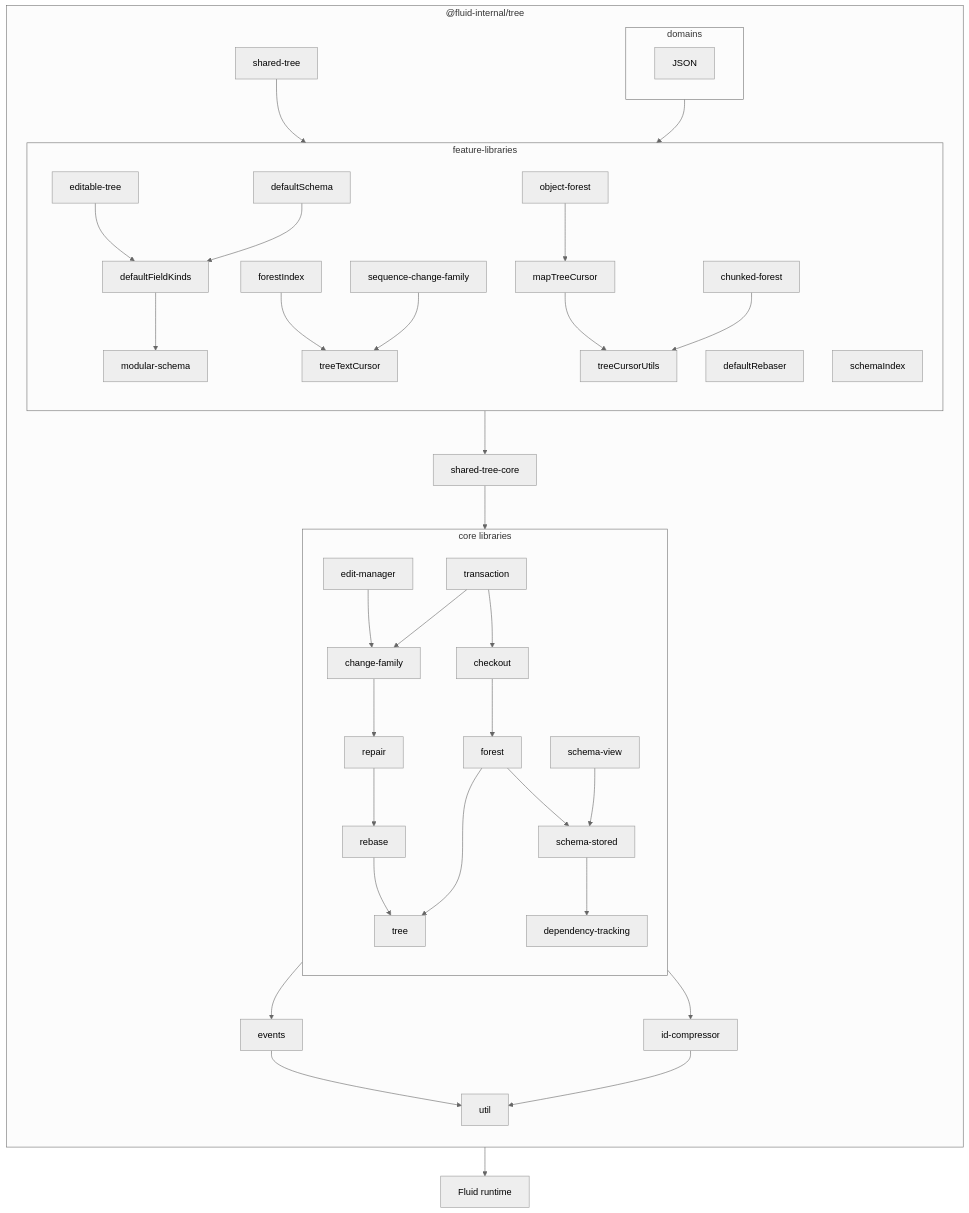
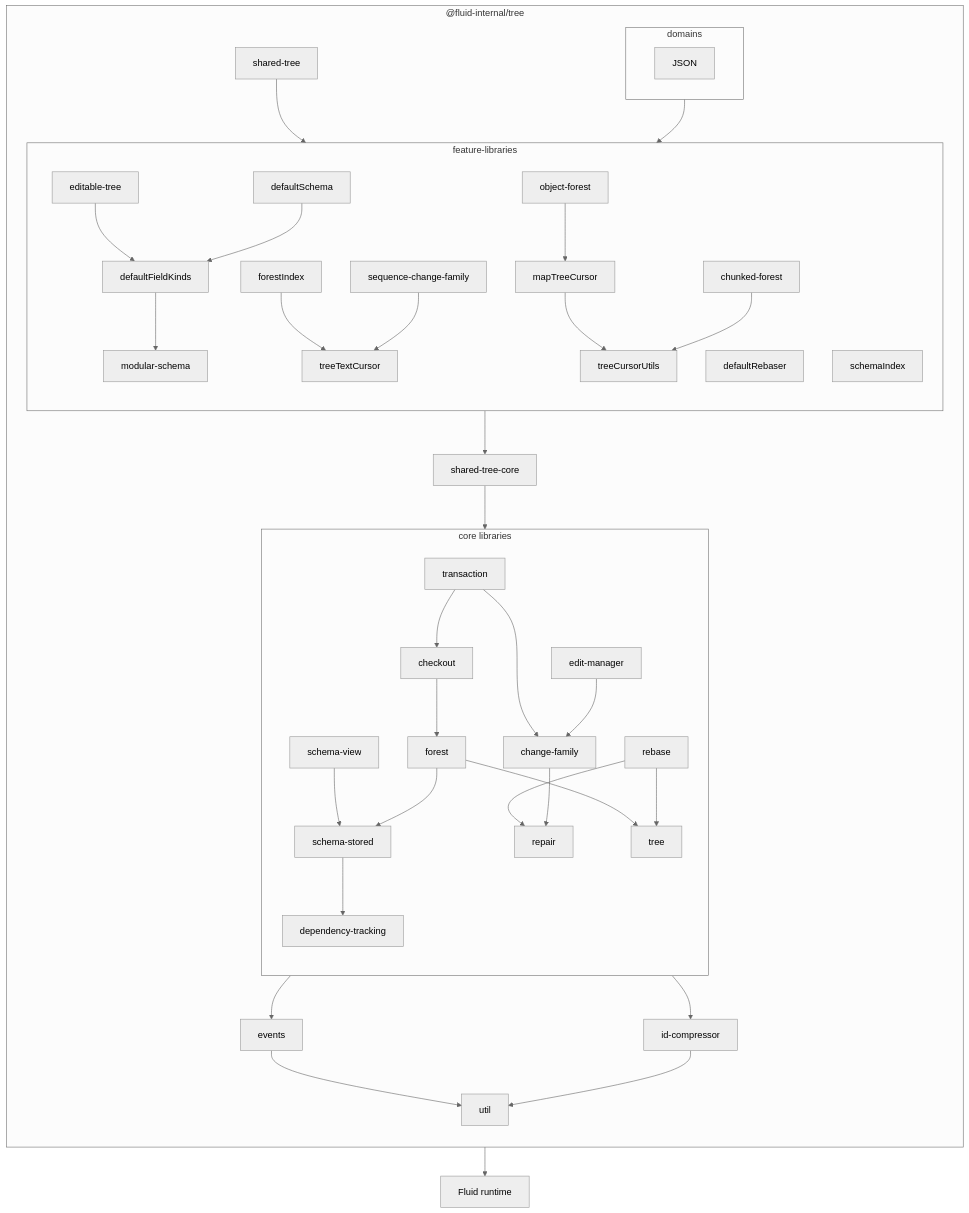
Before and after one commit to microsoft/FluidFramework: the sixth of 6 diagrams in packages/dds/tree/README.md, drawn with Mermaid (neutral theme).

Commit message:
Update dependency graph

````diff
--- a/packages/dds/tree/README.md
+++ b/packages/dds/tree/README.md
@@ -298,44 +298,44 @@
 ```mermaid
 flowchart
     direction TB
     subgraph package ["@fluid-internal/tree"]
         direction TB
         subgraph core ["core libraries"]
             direction TB
             checkout-->forest
             forest-->schema-stored
             change-family-->repair
             edit-manager-->change-family
-            repair-->rebase
+            rebase-->repair
             rebase-->tree
             schema-stored-->dependency-tracking
             schema-view-->schema-stored
             transaction-->change-family
             transaction-->checkout
             dependency-tracking
             forest-->tree
         end
         core-->events-->util
         core-->id-compressor-->util
         feature-->shared-tree-core
         shared-tree-core-->core
         shared-tree-->feature
         subgraph feature ["feature-libraries"]
             direction TB
             editable-tree-->defaultFieldKinds
             defaultRebaser
             defaultSchema-->defaultFieldKinds-->modular-schema
             forestIndex-->treeTextCursor
             modular-schema
             object-forest-->mapTreeCursor-->treeCursorUtils
             chunked-forest-->treeCursorUtils
             schemaIndex
             sequence-change-family-->treeTextCursor
         end
         subgraph domains
             JSON
         end
         domains-->feature
     end
     package-->runtime["Fluid runtime"]
 ```
````
